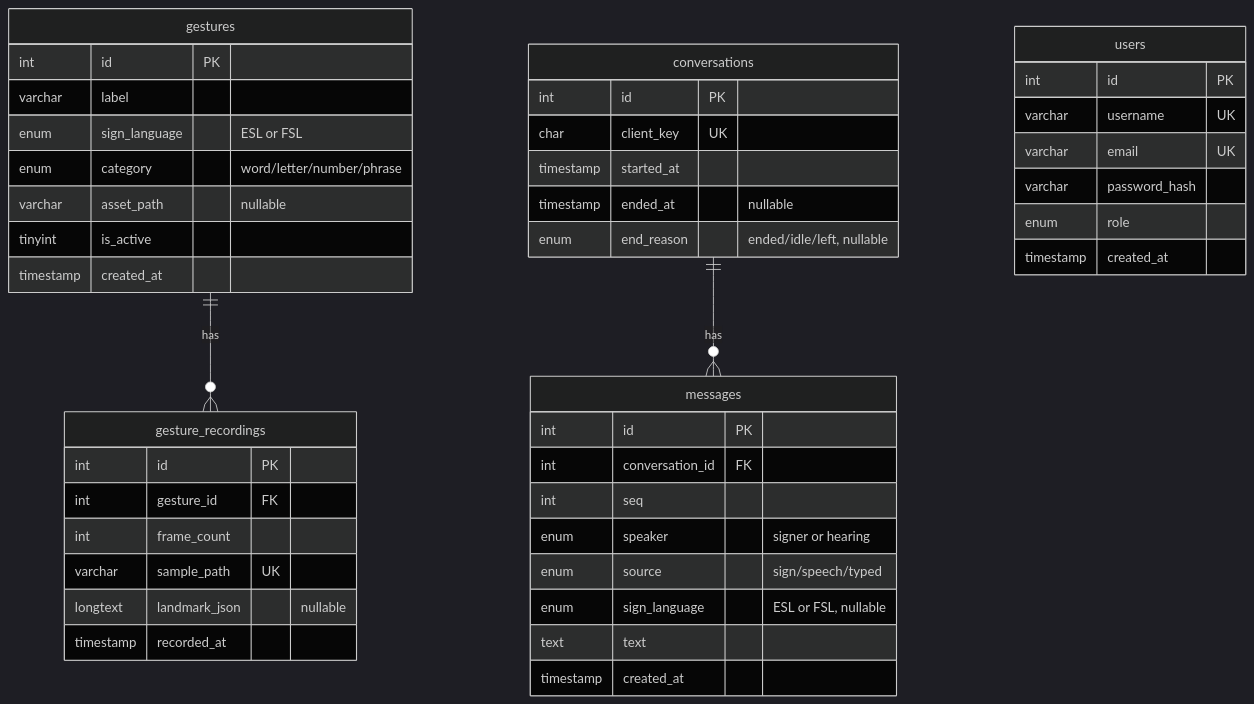
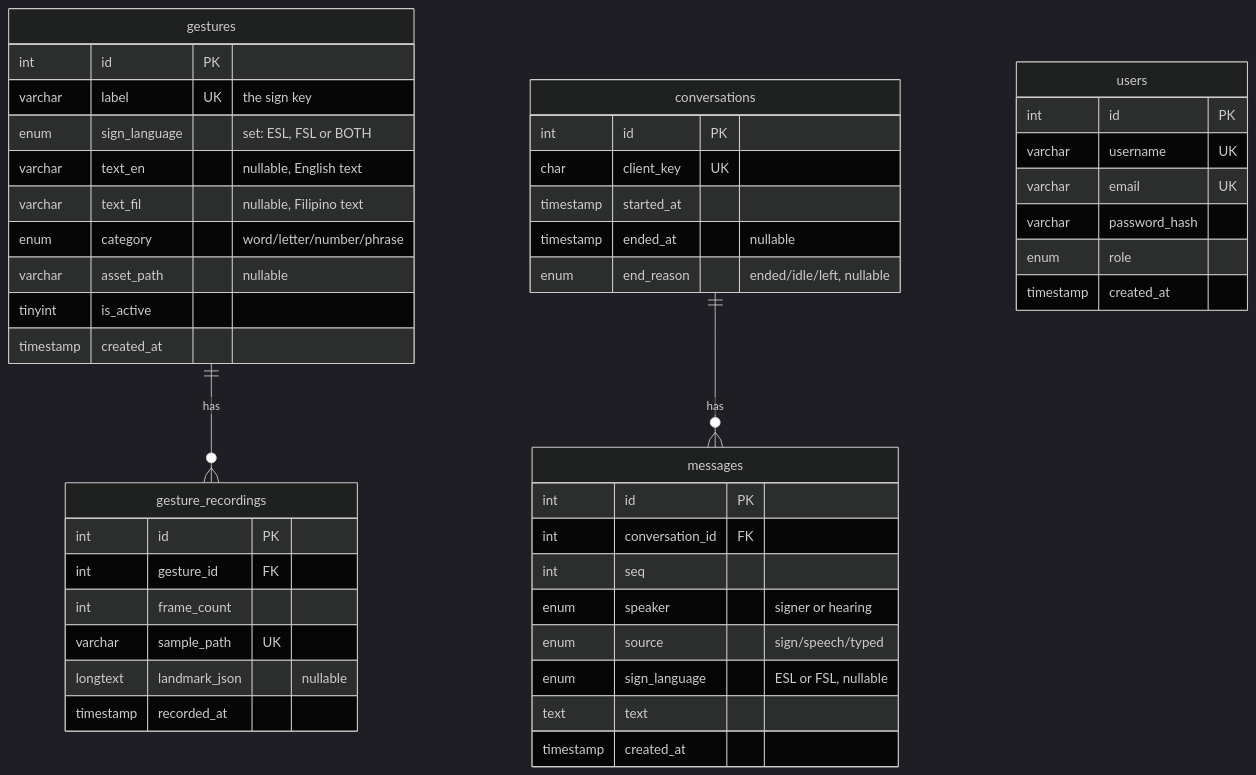
Before and after one commit to xzhyly/SKv2: the diagram in docs/system/BACKEND.md, drawn with Mermaid (dark theme). The commit also changed other lines of this file and 7 other files, not shown here.

````diff
--- a/docs/system/BACKEND.md
+++ b/docs/system/BACKEND.md
@@ -340,47 +386,49 @@
 ```mermaid
 erDiagram
     gestures ||--o{ gesture_recordings : "has"
     conversations ||--o{ messages : "has"
     gestures {
         int id PK
-        varchar label
-        enum sign_language "ESL or FSL"
+        varchar label UK "the sign key"
+        enum sign_language "set: ESL, FSL or BOTH"
+        varchar text_en "nullable, English text"
+        varchar text_fil "nullable, Filipino text"
         enum category "word/letter/number/phrase"
         varchar asset_path "nullable"
         tinyint is_active
         timestamp created_at
     }
     gesture_recordings {
         int id PK
         int gesture_id FK
         int frame_count
         varchar sample_path UK
         longtext landmark_json "nullable"
         timestamp recorded_at
     }
     conversations {
         int id PK
         char client_key UK
         timestamp started_at
         timestamp ended_at "nullable"
         enum end_reason "ended/idle/left, nullable"
     }
     messages {
         int id PK
         int conversation_id FK
         int seq
         enum speaker "signer or hearing"
         enum source "sign/speech/typed"
         enum sign_language "ESL or FSL, nullable"
         text text
         timestamp created_at
     }
     users {
         int id PK
         varchar username UK
         varchar email UK
         varchar password_hash
         enum role
         timestamp created_at
     }
 ```
````
